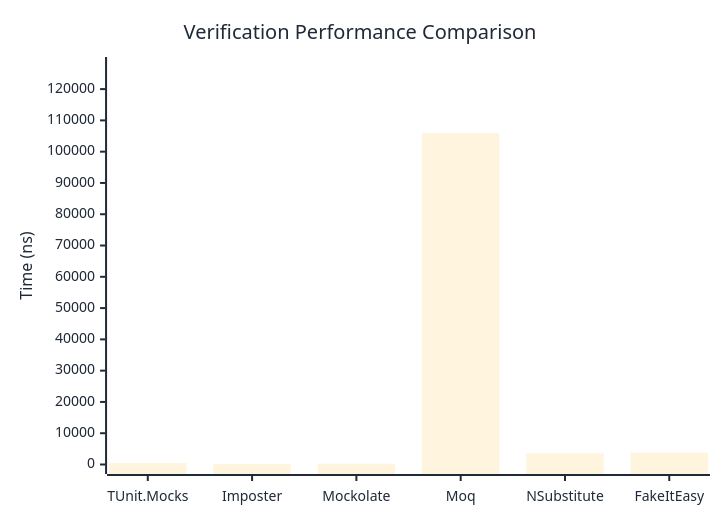
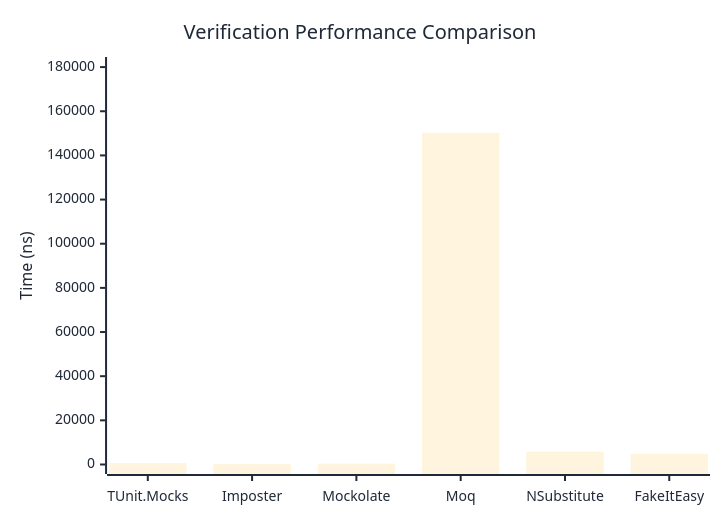
The first of 3 diagrams in docs/docs/benchmarks/mocks/Verification.md (thomhurst/TUnit), drawn with Mermaid before and after one commit. The commit also changed other lines of this file and 14 other files, not shown here.

````diff
--- a/docs/docs/benchmarks/mocks/Verification.md
+++ b/docs/docs/benchmarks/mocks/Verification.md
@@ -30,27 +30,27 @@
 ```mermaid
 %%{init: {
   'theme':'base',
   'themeVariables': {
     'primaryColor': '#2563eb',
     'primaryTextColor': '#1f2937',
     'primaryBorderColor': '#1e40af',
     'lineColor': '#6b7280',
     'secondaryColor': '#7c3aed',
     'tertiaryColor': '#dc2626',
     'background': '#ffffff',
     'pie1': '#2563eb',
     'pie2': '#7c3aed',
     'pie3': '#dc2626',
     'pie4': '#f59e0b',
     'pie5': '#10b981',
     'pie6': '#06b6d4',
     'pie7': '#ec4899',
     'pie8': '#6366f1'
   }
 }}%%
 xychart-beta
   title "Verification Performance Comparison"
   x-axis ["TUnit.Mocks", "Imposter", "Mockolate", "Moq", "NSubstitute", "FakeItEasy"]
-  y-axis "Time (ns)" 0 --> 127224
-  bar [442.99, 176.78, 251.23, 106019.86, 3605.16, 3809.14]
+  y-axis "Time (ns)" 0 --> 180271
+  bar [662.2, 277.31, 387.27, 150225.12, 5801.47, 4829.9]
 ```
````
